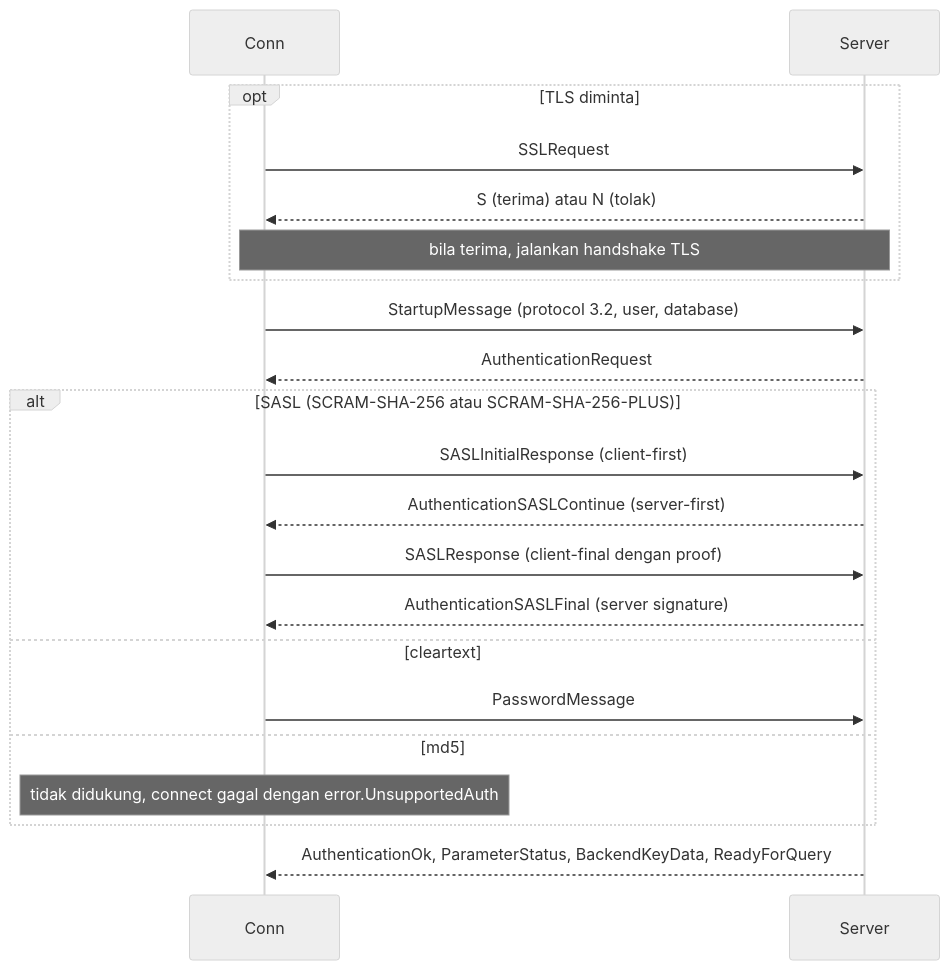
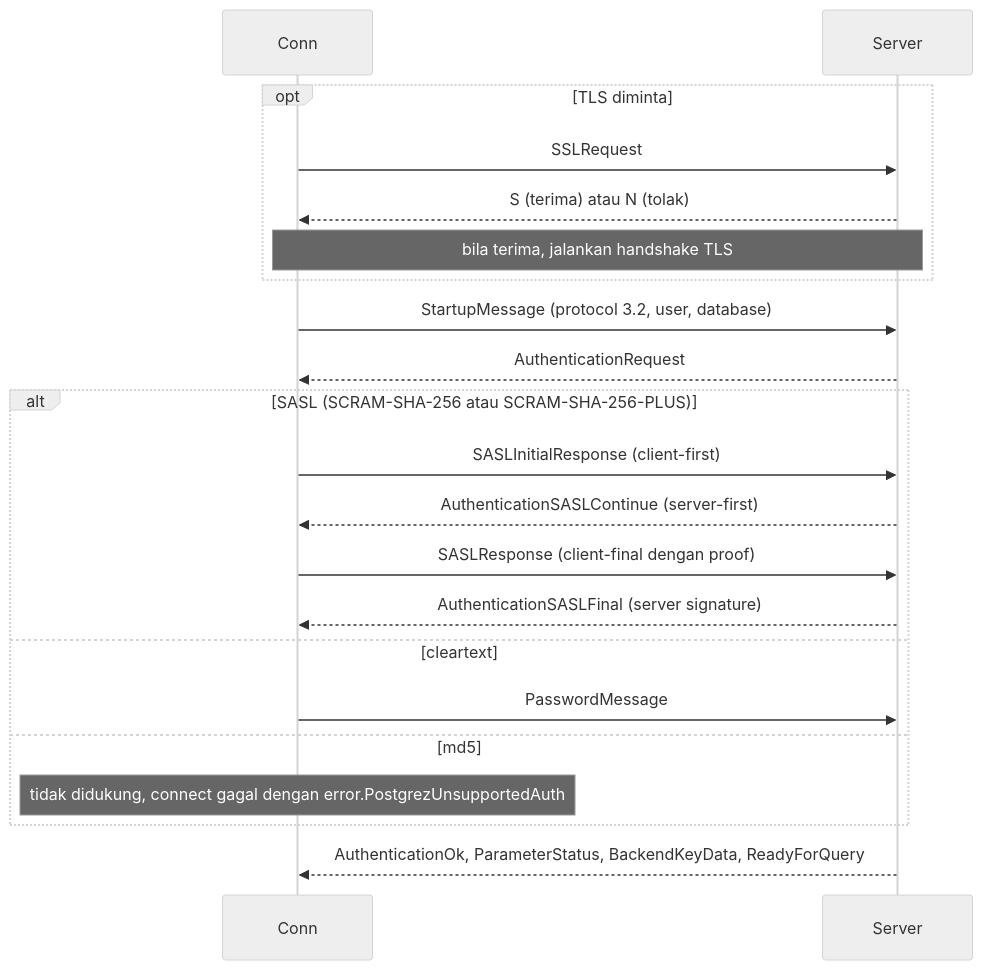
One commit to prothegee/zix changed the first of 5 diagrams in docs/driver/postgrez/lld-id.md. Above: the diagram before and after it, drawn with Mermaid (neutral theme). The commit also changed other lines of this file and 410 other files, not shown here.

````diff
--- a/docs/driver/postgrez/lld-id.md
+++ b/docs/driver/postgrez/lld-id.md
@@ -11,23 +11,23 @@
 ```mermaid
 sequenceDiagram
     participant C as Conn
     participant S as Server
     opt TLS diminta
         C->>S: SSLRequest
         S-->>C: S (terima) atau N (tolak)
         Note over C,S: bila terima, jalankan handshake TLS
     end
     C->>S: StartupMessage (protocol 3.2, user, database)
     S-->>C: AuthenticationRequest
     alt SASL (SCRAM-SHA-256 atau SCRAM-SHA-256-PLUS)
         C->>S: SASLInitialResponse (client-first)
         S-->>C: AuthenticationSASLContinue (server-first)
         C->>S: SASLResponse (client-final dengan proof)
         S-->>C: AuthenticationSASLFinal (server signature)
     else cleartext
         C->>S: PasswordMessage
     else md5
-        Note over C: tidak didukung, connect gagal dengan error.UnsupportedAuth
+        Note over C: tidak didukung, connect gagal dengan error.PostgrezUnsupportedAuth
     end
     S-->>C: AuthenticationOk, ParameterStatus, BackendKeyData, ReadyForQuery
 ```
````
